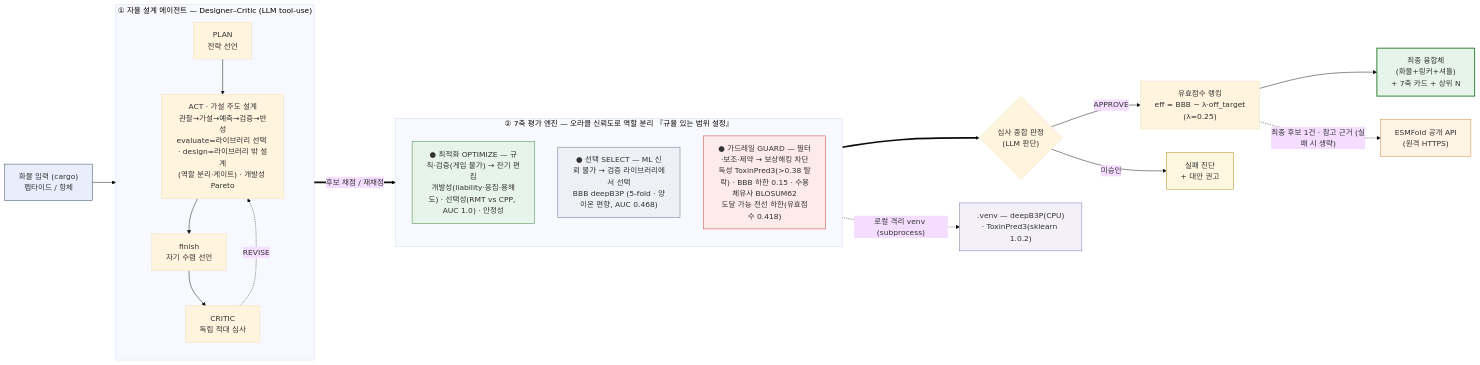
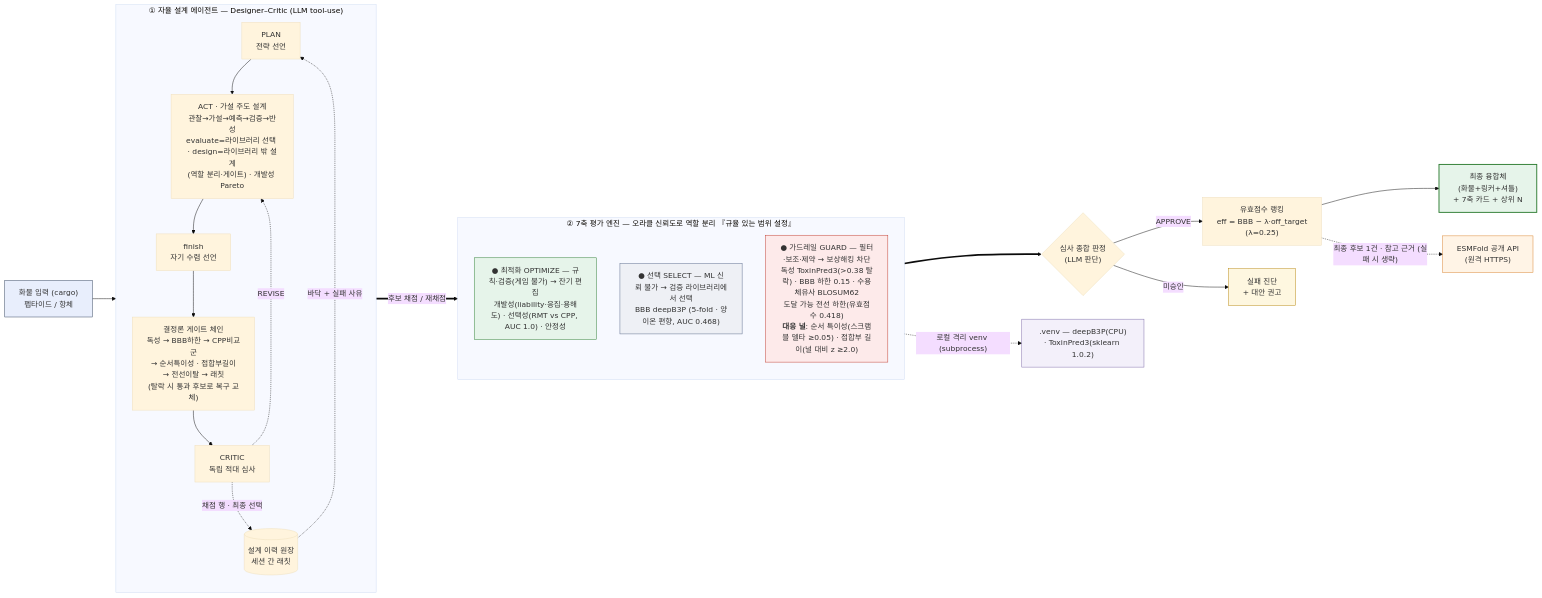
The first of 10 diagrams in 아키텍처.md (yunseul6028/BBB-Optimizer), drawn with Mermaid (base theme) before and after one commit. The commit also changed other lines of this file and 4 other files, not shown here.

````diff
--- a/아키텍처.md
+++ b/아키텍처.md
@@ -17,37 +19,40 @@
 ```mermaid
 flowchart LR
   IN["화물 입력 (cargo)<br/>펩타이드 / 항체"]:::io --> AG
 
   subgraph AG["① 자율 설계 에이전트 — Designer–Critic (LLM tool-use)"]
     direction TB
     PLAN["PLAN<br/>전략 선언"] --> ACT["ACT · 가설 주도 설계<br/>관찰→가설→예측→검증→반성<br/>evaluate=라이브러리 선택 · design=라이브러리 밖 설계<br/>(역할 분리·게이트) · 개발성 Pareto"]
     ACT --> FIN["finish<br/>자기 수렴 선언"]
-    FIN --> CR["CRITIC<br/>독립 적대 심사"]
+    FIN --> GT["결정론 게이트 체인<br/>독성 → BBB하한 → CPP비교군<br/>→ 순서특이성 · 접합부길이<br/>→ 전선이탈 → 래칫<br/>(탈락 시 통과 후보로 복구 교체)"]
+    GT --> CR["CRITIC<br/>독립 적대 심사"]
     CR -.->|REVISE| ACT
+    LG[("설계 이력 원장<br/>세션 간 래칫")] -.->|"바닥 + 실패 사유"| PLAN
+    CR -.->|"채점 행 · 최종 선택"| LG
   end
 
   AG ==>|"후보 채점 / 재채점"| ENG
 
   subgraph ENG["② 7축 평가 엔진 — 오라클 신뢰도로 역할 분리 『규율 있는 범위 설정』"]
     direction TB
     OPT["● 최적화 OPTIMIZE — 규칙·검증(게임 불가) → 잔기 편집<br/>개발성(liability·응집·용해도) · 선택성(RMT vs CPP, AUC 1.0) · 안정성"]:::opt
     SEL["● 선택 SELECT — ML 신뢰 불가 → 검증 라이브러리에서 선택<br/>BBB deepB3P (5-fold · 양이온 편향, AUC 0.468)"]:::sel
-    GRD["● 가드레일 GUARD — 필터·보조·제약 → 보상해킹 차단<br/>독성 ToxinPred3(&gt;0.38 탈락) · BBB 하한 0.15 · 수용체유사 BLOSUM62<br/>도달 가능 전선 하한(유효점수 0.418)"]:::grd
+    GRD["● 가드레일 GUARD — 필터·보조·제약 → 보상해킹 차단<br/>독성 ToxinPred3(&gt;0.38 탈락) · BBB 하한 0.15 · 수용체유사 BLOSUM62<br/>도달 가능 전선 하한(유효점수 0.418)<br/><b>대응 널</b>: 순서 특이성(스크램블 델타 ≥0.05) · 접합부 길이(널 대비 z ≥2.0)"]:::grd
   end
 
   ENG ==> J{"심사 종합 판정<br/>(LLM 판단)"}
   J -->|APPROVE| RK["유효점수 랭킹<br/>eff = BBB − λ·off_target<br/>(λ=0.25)"] --> OUT["최종 융합체<br/>(화물+링커+셔틀)<br/>+ 7축 카드 + 상위 N"]:::ok
   J -->|"미승인"| F["실패 진단<br/>+ 대안 권고"]:::warn
 
   ENG -.->|"로컬 격리 venv (subprocess)"| VENV[".venv — deepB3P(CPU)<br/>· ToxinPred3(sklearn 1.0.2)"]:::venv
   RK -.->|"최종 후보 1건 · 참고 근거 (실패 시 생략)"| API["ESMFold 공개 API<br/>(원격 HTTPS)"]:::api
 
   classDef io fill:#e8eefc,stroke:#30405c;
   classDef opt fill:#e6f4ea,stroke:#2e7d32;
   classDef sel fill:#eef0f5,stroke:#5a6b8c;
   classDef grd fill:#fdeaea,stroke:#c0392b;
   classDef ok fill:#e6f4ea,stroke:#2e7d32,stroke-width:2px;
   classDef warn fill:#fef7e0,stroke:#b8860b;
   classDef venv fill:#f3f0fa,stroke:#7c6aa8;
   classDef api fill:#fff4e6,stroke:#d9822b;
 ```
````
